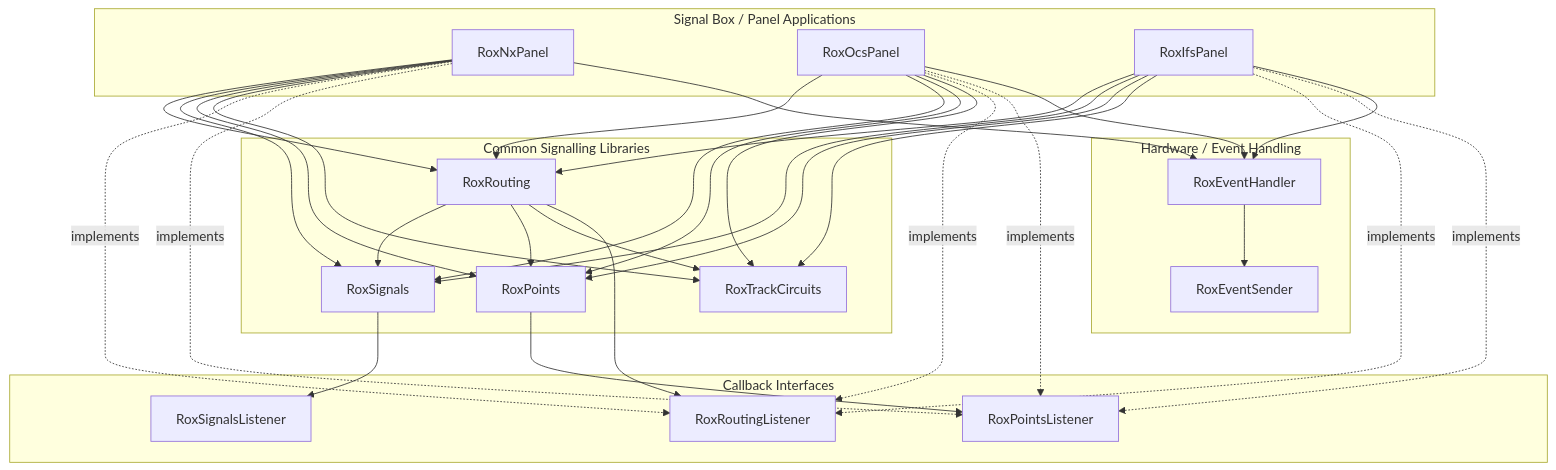
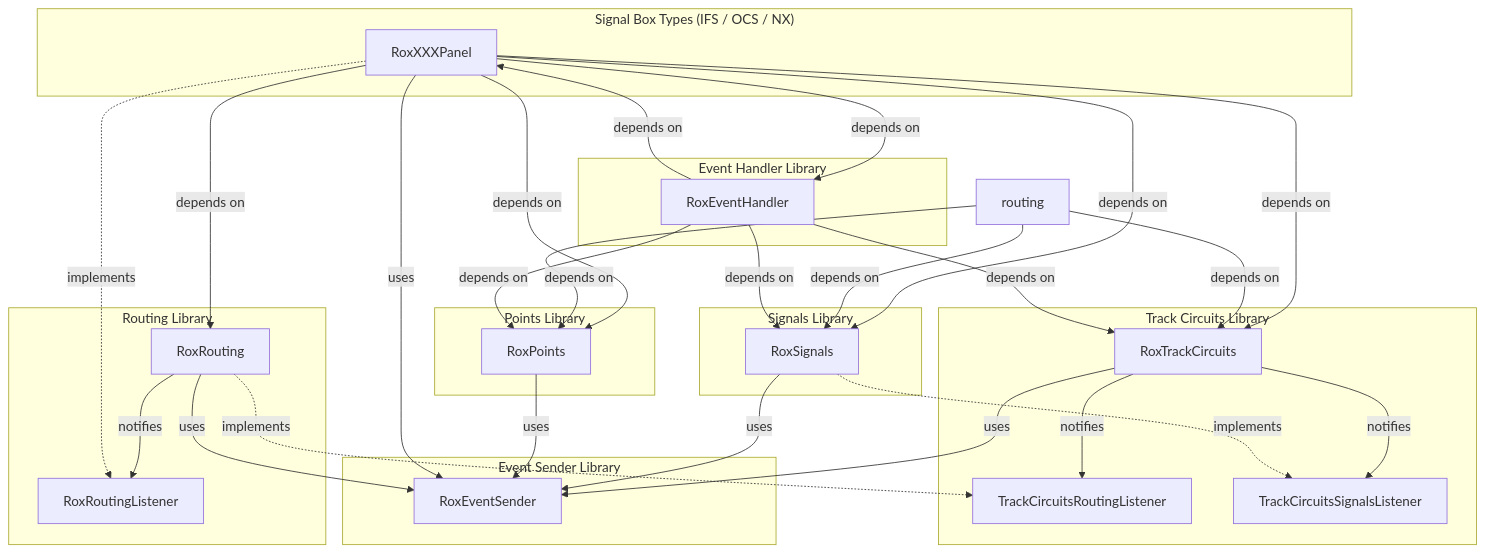
One commit to NickLocke/RoxeterModelRailway changed the diagram in ApplicationDesign/HighLevelArchitecture.md. Above: the diagram before and after it, drawn with Mermaid. The commit also changed 1 other file, not shown here.

Commit message:
Diagrams

```diff
--- a/ApplicationDesign/HighLevelArchitecture.md
+++ b/ApplicationDesign/HighLevelArchitecture.md
@@ -3,71 +3,75 @@
 <div class="mermaid">
 
 flowchart TB
 
-    subgraph Panels["Signal Box / Panel Applications"]
-        NX["RoxNxPanel"]
-        OCS["RoxOcsPanel"]
-        IFS["RoxIfsPanel"]
+    %% As this is a high-level diagram, don't spell out all three box types separately.
+
+    subgraph Panels["Signal Box Types (IFS / OCS / NX)"]
+        XXX["RoxXXXPanel"]
     end
 
-    subgraph Signalling["Common Signalling Libraries"]
+    %% Each library grouped together
+
+    subgraph RoutingLibrary["Routing Library"]
         Routing["RoxRouting"]
-        Signals["RoxSignals"]
-        Points["RoxPoints"]
-        TrackCircuits["RoxTrackCircuits"]
+        RoutingListener["RoxRoutingListener"]
     end
 
-    subgraph Interfaces["Callback Interfaces"]
-        RoutingListener["RoxRoutingListener"]
-        PointsListener["RoxPointsListener"]
-        SignalsListener["RoxSignalsListener"]
+    subgraph SignalsLibrary["Signals Library"]
+        Signals["RoxSignals"]
     end
 
-    subgraph Hardware["Hardware / Event Handling"]
-        EventHandler["RoxEventHandler"]
+    subgraph PointsLibrary["Points Library"]
+        Points["RoxPoints"]
+    end
+
+    subgraph TrackCircuitsLibrary["Track Circuits Library"]
+        TrackCircuits["RoxTrackCircuits"]
+        TrackCircuitsRoutingListener["TrackCircuitsRoutingListener"]
+        TrackCircuitsSignalsListener["TrackCircuitsSignalsListener"]
+    end
+
+    subgraph EventSenderLibrary["Event Sender Library"]
         EventSender["RoxEventSender"]
     end
 
-    NX --> Routing
-    NX --> Signals
-    NX --> Points
-    NX --> TrackCircuits
+    subgraph EventHandlerLibrary["Event Handler Library"]
+        EventHandler["RoxEventHandler"]
+    end
 
-    OCS --> Routing
-    OCS --> Signals
-    OCS --> Points
-    OCS --> TrackCircuits
+    %% Depends on is where the class is passed into the constructor of the object.
 
-    IFS --> Routing
-    IFS --> Signals
-    IFS --> Points
-    IFS --> TrackCircuits
+    XXX -->|depends on| Routing
+    XXX -->|depends on| Signals
+    XXX -->|depends on| Points
+    XXX -->|depends on| TrackCircuits
+    XXX -->|depends on| EventHandler
 
-    Routing --> Signals
-    Routing --> Points
-    Routing --> TrackCircuits
+    routing -->|depends on| Signals
+    routing -->|depends on| Points
+    routing -->|depends on| TrackCircuits
 
-    Routing --> RoutingListener
-    Points --> PointsListener
-    Signals --> SignalsListener
+    EventHandler -->|depends on| Signals
+    EventHandler -->|depends on| Points
+    EventHandler -->|depends on| TrackCircuits
+    EventHandler -->|depends on| XXX
 
-    NX -. implements .-> RoutingListener
-    OCS -. implements .-> RoutingListener
-    IFS -. implements .-> RoutingListener
+    %% Notifies is the process of a library calling one of its listeners
 
-    NX -. implements .-> PointsListener
-    OCS -. implements .-> PointsListener
-    IFS -. implements .-> PointsListener
+    Routing -->|notifies| RoutingListener
+    TrackCircuits -->|notifies| TrackCircuitsRoutingListener
+    TrackCircuits -->|notifies| TrackCircuitsSignalsListener
 
-    NX --> EventHandler
-    OCS --> EventHandler
-    IFS --> EventHandler
+    %% Implements is where a class implements one of the other class's interfaces.
 
-    EventHandler --> EventSender
+    XXX -.->|implements| RoutingListener
+    Signals -.->|implements| TrackCircuitsSignalsListener
+    Routing -.->|implements| TrackCircuitsRoutingListener
 
- 
-
-
-
+    Routing -->|uses| EventSender
+    Signals -->|uses| EventSender
+    Points -->|uses| EventSender
+    TrackCircuits -->|uses| EventSender
+    XXX -->|uses| EventSender
 
 </div>
```
